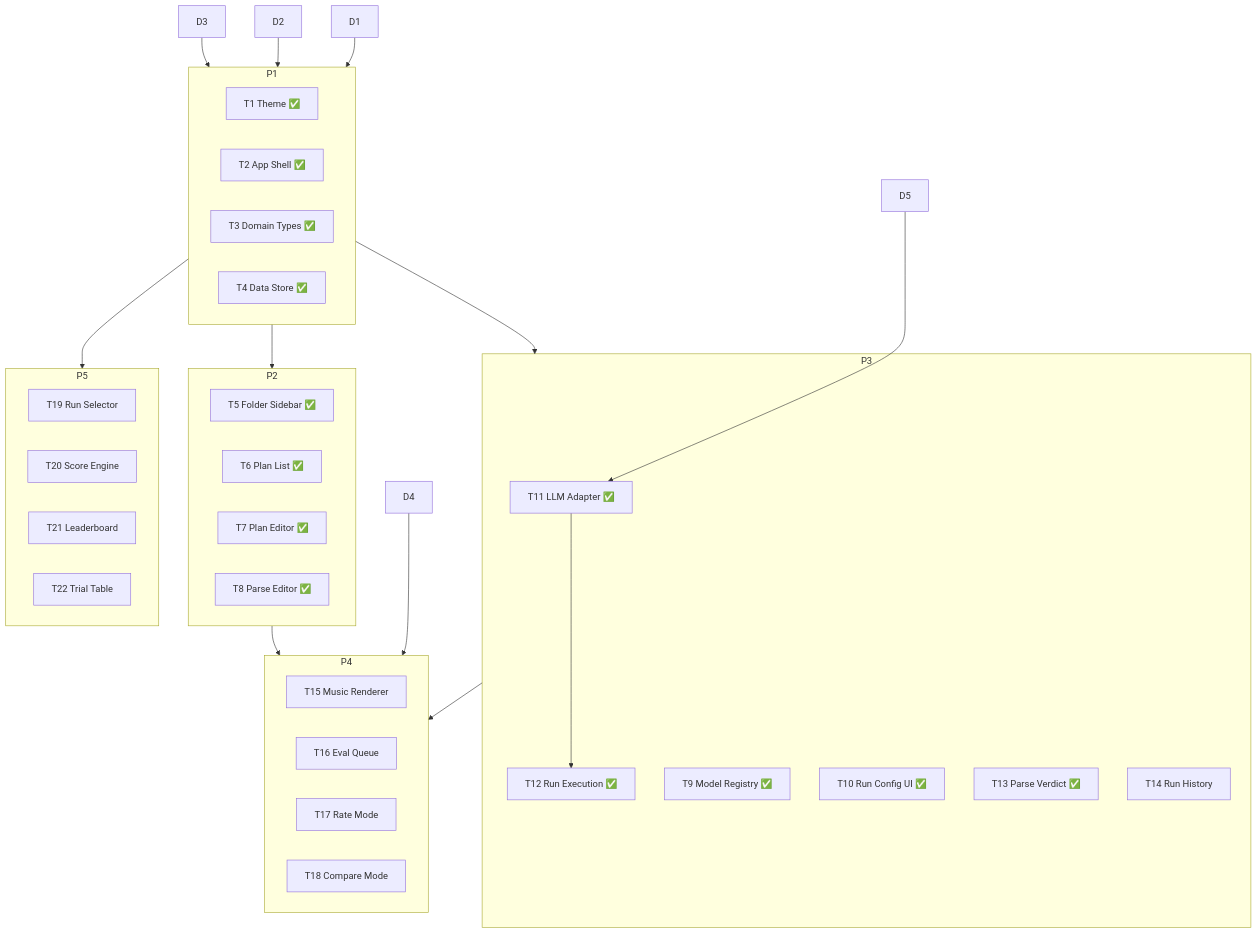
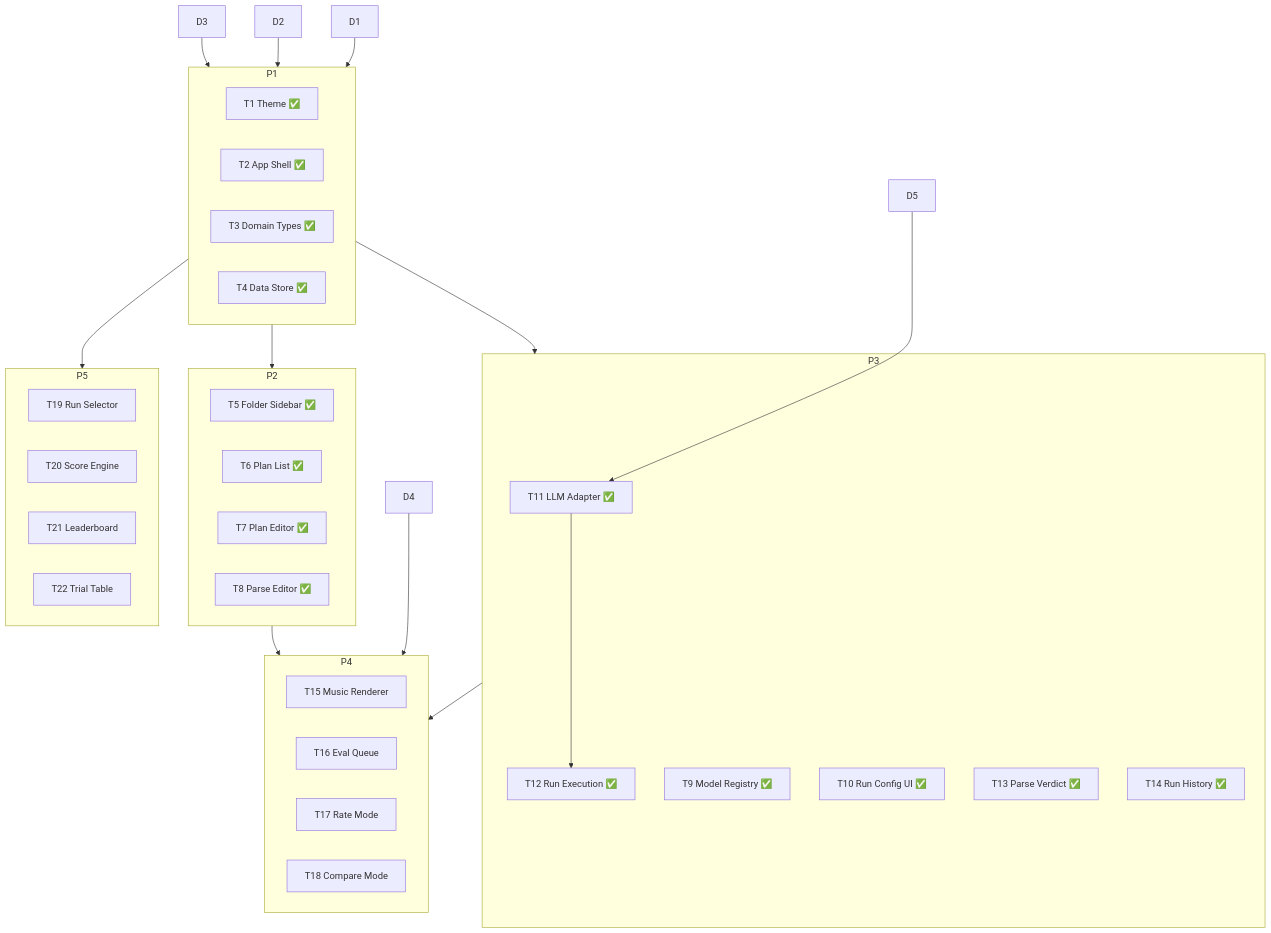
One commit to joelbreit/music-bench changed the diagram in docs/roadmap.md. Above: the diagram before and after it, drawn with Mermaid. The commit also changed other lines of this file and 2 other files, not shown here.

Commit message:
T14 — Run History List

````diff
--- a/docs/roadmap.md
+++ b/docs/roadmap.md
@@ -61,50 +61,50 @@
 ```mermaid
 graph TD
     D1 & D2 & D3 --> P1
 
     P1[Phase 1: Foundation] --> P2[Phase 2: Build]
     P1 --> P3[Phase 3: Run]
     P1 --> P5[Phase 5: Explore]
     D4 --> P4[Phase 4: Evaluate]
     P2 --> P4
     P3 --> P4
     D5 --> T11
     T11 --> T12
 
     subgraph P1
         T1[T1 Theme ✅]
         T2[T2 App Shell ✅]
         T3[T3 Domain Types ✅]
         T4[T4 Data Store ✅]
     end
 
     subgraph P2
         T5[T5 Folder Sidebar ✅]
         T6[T6 Plan List ✅]
         T7[T7 Plan Editor ✅]
         T8[T8 Parse Editor ✅]
     end
 
     subgraph P3
         T9[T9 Model Registry ✅]
         T10[T10 Run Config UI ✅]
         T11[T11 LLM Adapter ✅]
         T12[T12 Run Execution ✅]
         T13[T13 Parse Verdict ✅]
-        T14[T14 Run History]
+        T14[T14 Run History ✅]
     end
 
     subgraph P4
         T15[T15 Music Renderer]
         T16[T16 Eval Queue]
         T17[T17 Rate Mode]
         T18[T18 Compare Mode]
     end
 
     subgraph P5
         T19[T19 Run Selector]
         T20[T20 Score Engine]
         T21[T21 Leaderboard]
         T22[T22 Trial Table]
     end
 ```
````
